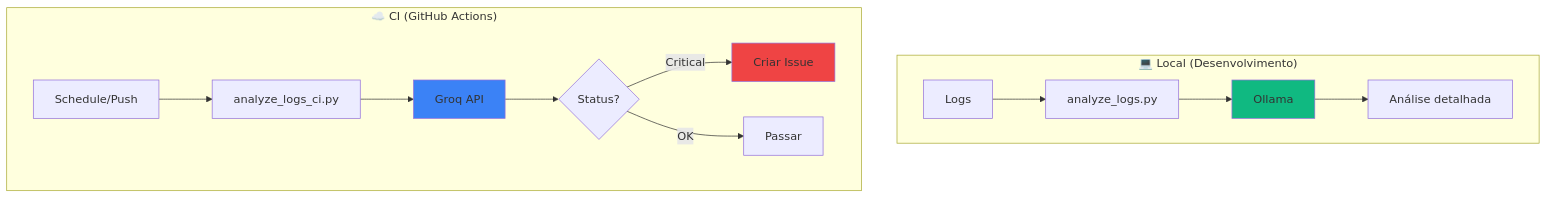
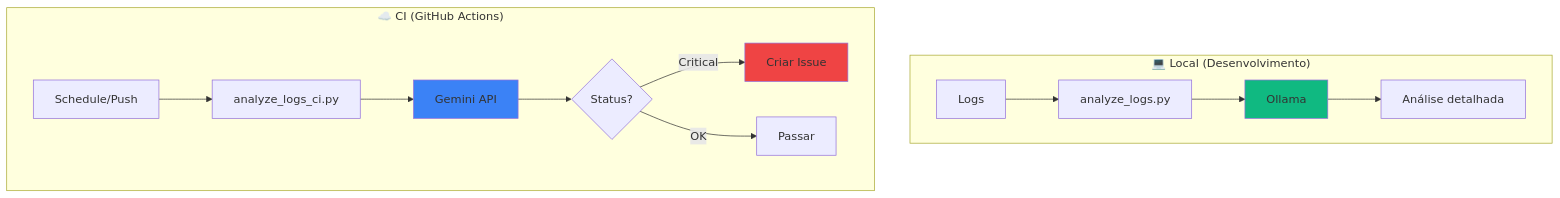
Before and after one commit to josenetoo/fiap-dclt-aula07: the fourth of 4 diagrams in VIDEO-7.2-PASSO-A-PASSO-v3.md, drawn with Mermaid. The commit also changed other lines of this file and 2 other files, not shown here.

Commit message:
Atualizar tutoriais para usar Gemini API no CI e melhorar instruções de ambiente virtual Python

````diff
--- a/VIDEO-7.2-PASSO-A-PASSO-v3.md
+++ b/VIDEO-7.2-PASSO-A-PASSO-v3.md
@@ -374,20 +383,20 @@
 ```mermaid
 graph TB
     subgraph "💻 Local (Desenvolvimento)"
         A[Logs] --> B[analyze_logs.py]
         B --> C[Ollama]
         C --> D[Análise detalhada]
     end
     
     subgraph "☁️ CI (GitHub Actions)"
         E[Schedule/Push] --> F[analyze_logs_ci.py]
-        F --> G[Groq API]
+        F --> G[Gemini API]
         G --> H{Status?}
         H -->|Critical| I[Criar Issue]
         H -->|OK| J[Passar]
     end
     
     style C fill:#10b981
     style G fill:#3b82f6
     style I fill:#ef4444
 ```
````
